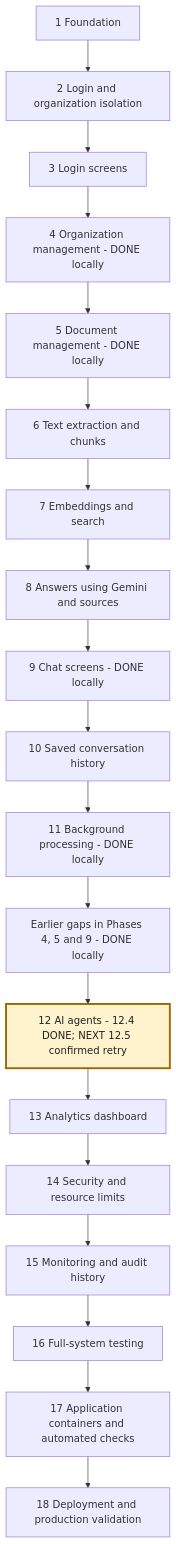
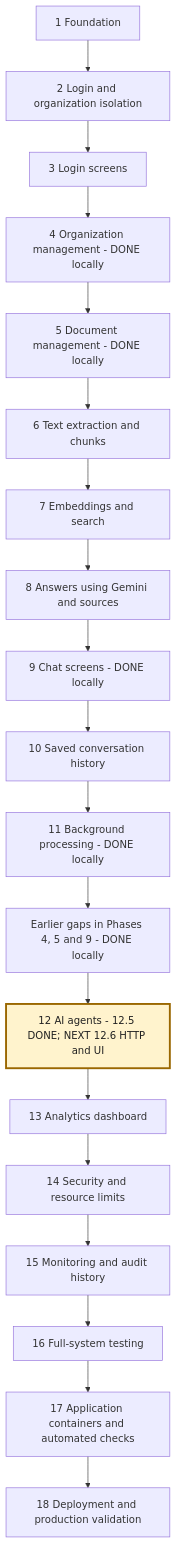
Before and after one commit to msdian0007/nexaAi: the second of 4 diagrams in NEXAAI_ROADMAP.md, drawn with Mermaid. The commit also changed other lines of this file and 10 other files, not shown here.

````diff
--- a/NEXAAI_ROADMAP.md
+++ b/NEXAAI_ROADMAP.md
@@ -190,22 +190,22 @@
 ```mermaid
 flowchart TD
     A[1 Foundation] --> B[2 Login and organization isolation]
     B --> C[3 Login screens]
     C --> D[4 Organization management - DONE locally]
     D --> E[5 Document management - DONE locally]
     E --> F[6 Text extraction and chunks]
     F --> G[7 Embeddings and search]
     G --> H[8 Answers using Gemini and sources]
     H --> I[9 Chat screens - DONE locally]
     I --> J[10 Saved conversation history]
     J --> K[11 Background processing - DONE locally]
     K --> L[Earlier gaps in Phases 4, 5 and 9 - DONE locally]
-    L --> M[12 AI agents - 12.4 DONE; NEXT 12.5 confirmed retry]
+    L --> M[12 AI agents - 12.5 DONE; NEXT 12.6 HTTP and UI]
     M --> N[13 Analytics dashboard]
     N --> O[14 Security and resource limits]
     O --> P[15 Monitoring and audit history]
     P --> Q[16 Full-system testing]
     Q --> R[17 Application containers and automated checks]
     R --> S[18 Deployment and production validation]
     style M fill:#fff3cd,stroke:#9a6700,stroke-width:3px,color:#222
 ```
````
